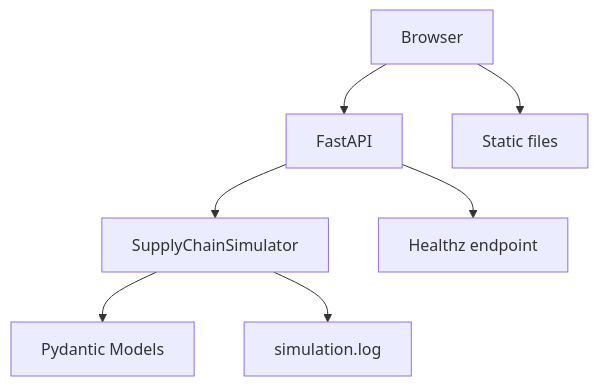
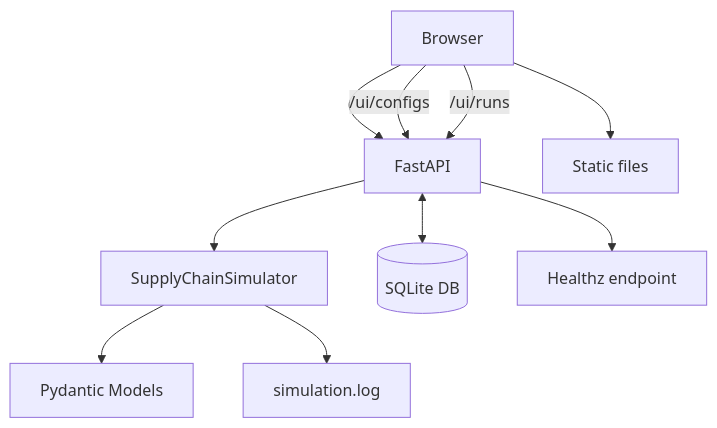
Before and after one commit to miumigy/scpln: the first of 3 diagrams in README.md, drawn with Mermaid. The commit also changed other lines of this file, not shown here.

Commit message:
docs(readme): update architecture/class/sequence diagrams to include config DB and run config exports

````diff
--- a/README.md
+++ b/README.md
@@ -133,9 +133,13 @@
 ```mermaid
 graph TD;
   B[Browser] --> A[FastAPI];
   B --> S[Static files];
   A --> E[SupplyChainSimulator];
+  A <--> D[(SQLite DB)];
   E --> M[Pydantic Models];
   A --> H[Healthz endpoint];
   E --> L[simulation.log];
+  %% UI routes
+  B -->|/ui/configs| A;
+  B -->|/ui/runs| A;
 ```
````
